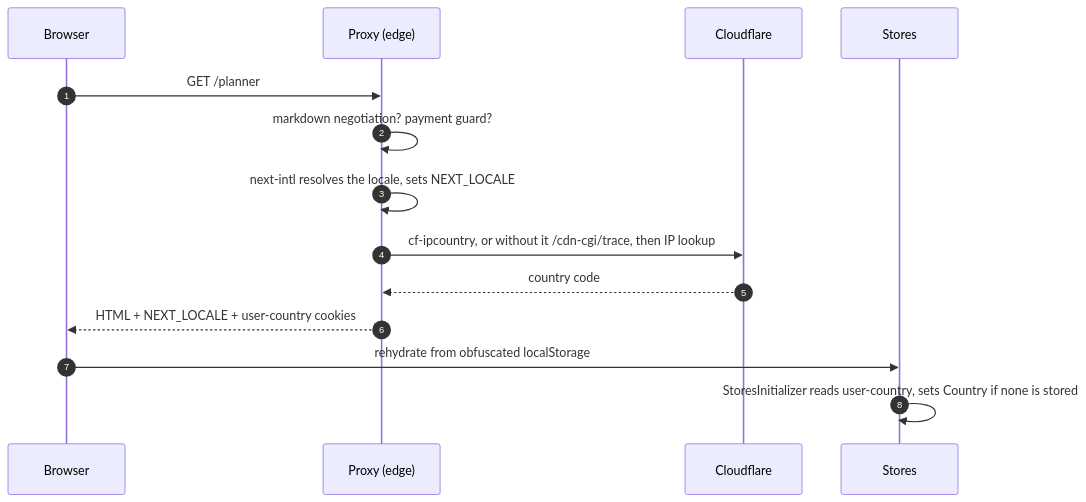
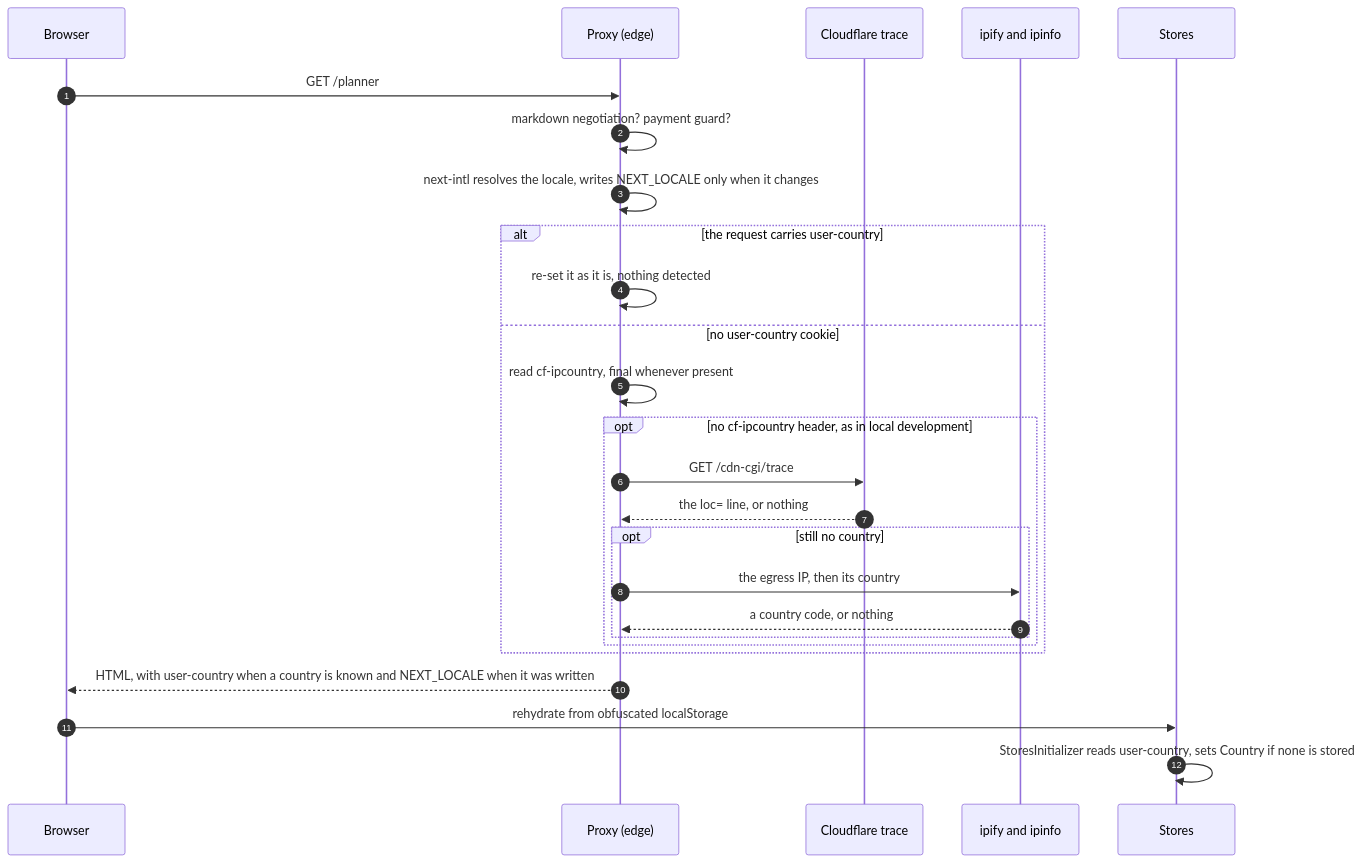
The second of 3 diagrams in apps/docs/src/content/docs/how-it-works/overview.mdx (fbuireu/forever-pto), drawn with Mermaid before and after one commit. The commit also changed other lines of this file and 21 other files, not shown here.

````diff
--- a/apps/docs/src/content/docs/how-it-works/overview.mdx
+++ b/apps/docs/src/content/docs/how-it-works/overview.mdx
@@ -59,21 +61,33 @@
 ```mermaid
 ---
 config:
   look: handDrawn
   layout: dagre
 ---
 sequenceDiagram
   autonumber
   participant B as Browser
   participant P as Proxy (edge)
-  participant CF as Cloudflare
+  participant CF as Cloudflare trace
+  participant IP as ipify and ipinfo
   participant S as Stores
   B->>P: GET /planner
   P->>P: markdown negotiation? payment guard?
-  P->>P: next-intl resolves the locale, sets NEXT_LOCALE
-  P->>CF: cf-ipcountry, or without it /cdn-cgi/trace, then IP lookup
-  CF-->>P: country code
-  P-->>B: HTML + NEXT_LOCALE + user-country cookies
+  P->>P: next-intl resolves the locale, writes NEXT_LOCALE only when it changes
+  alt the request carries user-country
+    P->>P: re-set it as it is, nothing detected
+  else no user-country cookie
+    P->>P: read cf-ipcountry, final whenever present
+    opt no cf-ipcountry header, as in local development
+      P->>CF: GET /cdn-cgi/trace
+      CF-->>P: the loc= line, or nothing
+      opt still no country
+        P->>IP: the egress IP, then its country
+        IP-->>P: a country code, or nothing
+      end
+    end
+  end
+  P-->>B: HTML, with user-country when a country is known and NEXT_LOCALE when it was written
   B->>S: rehydrate from obfuscated localStorage
   S->>S: StoresInitializer reads user-country, sets Country if none is stored
 ```
````
